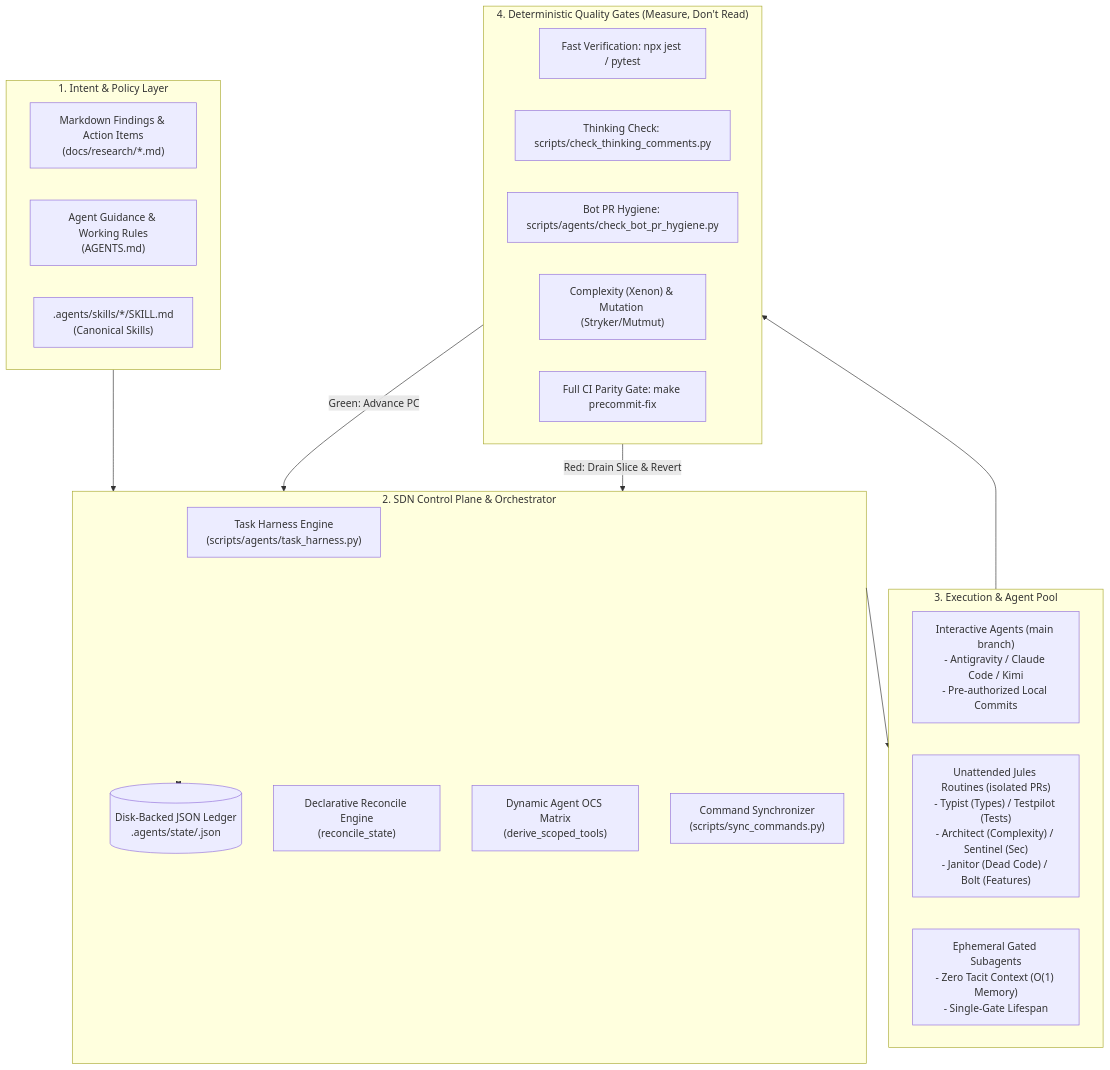
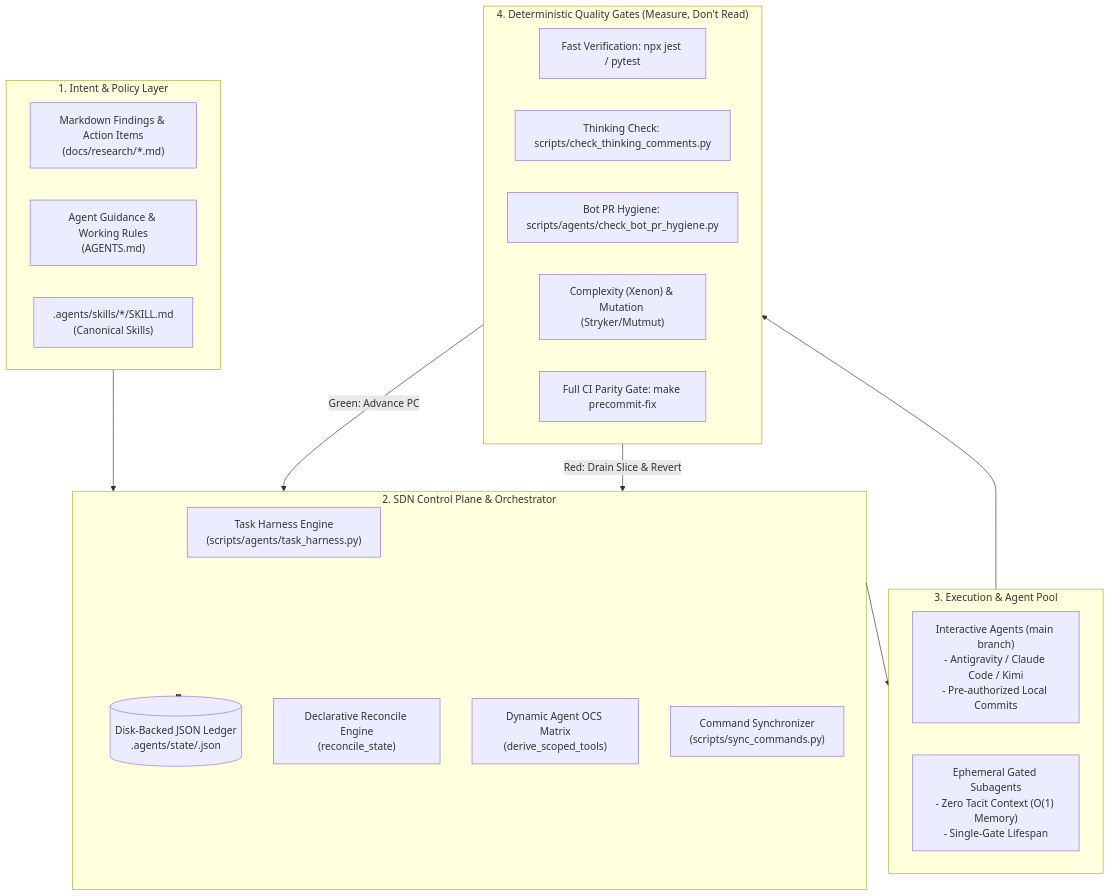
One commit to ryusoh/fund changed the third of 8 diagrams in docs/agentic-harness-architecture.md. Above: the diagram before and after it, drawn with Mermaid. The commit also changed other lines of this file and 23 other files, not shown here.

````diff
--- a/docs/agentic-harness-architecture.md
+++ b/docs/agentic-harness-architecture.md
@@ -103,37 +103,36 @@
 ```mermaid
 graph TD
     subgraph Layer1["1. Intent & Policy Layer"]
         Docs["Markdown Findings & Action Items<br/>(docs/research/*.md)"]
         AgentsMD["Agent Guidance & Working Rules<br/>(AGENTS.md)"]
         SkillsDef[".agents/skills/*/SKILL.md<br/>(Canonical Skills)"]
     end
 
     subgraph Layer2["2. SDN Control Plane & Orchestrator"]
         TaskHarness["Task Harness Engine<br/>(scripts/agents/task_harness.py)"]
         StateLedger[("Disk-Backed JSON Ledger<br/>.agents/state/<task_id>.json")]
         Reconciler["Declarative Reconcile Engine<br/>(reconcile_state)"]
         OCSRouter["Dynamic Agent OCS Matrix<br/>(derive_scoped_tools)"]
         SyncGen["Command Synchronizer<br/>(scripts/sync_commands.py)"]
     end
 
     subgraph Layer3["3. Execution & Agent Pool"]
         InteractiveAgents["Interactive Agents (main branch)<br/>- Antigravity / Claude Code / Kimi<br/>- Pre-authorized Local Commits"]
-        JulesBots["Unattended Jules Routines (isolated PRs)<br/>- Typist (Types) / Testpilot (Tests)<br/>- Architect (Complexity) / Sentinel (Sec)<br/>- Janitor (Dead Code) / Bolt (Features)"]
         StatelessWorkers["Ephemeral Gated Subagents<br/>- Zero Tacit Context (O(1) Memory)<br/>- Single-Gate Lifespan"]
     end
 
     subgraph Layer4["4. Deterministic Quality Gates (Measure, Don't Read)"]
         FastLoop["Fast Verification: npx jest / pytest"]
         ThinkingCheck["Thinking Check: scripts/check_thinking_comments.py"]
         BotPRCheck["Bot PR Hygiene: scripts/agents/check_bot_pr_hygiene.py"]
         Ratchets["Complexity (Xenon) & Mutation (Stryker/Mutmut)"]
         CIParity["Full CI Parity Gate: make precommit-fix"]
     end
 
     Layer1 --> Layer2
     Layer2 <--> StateLedger
     Layer2 --> Layer3
     Layer3 --> Layer4
     Layer4 -->|Green: Advance PC| Layer2
     Layer4 -->|Red: Drain Slice & Revert| Layer2
 ```
````
